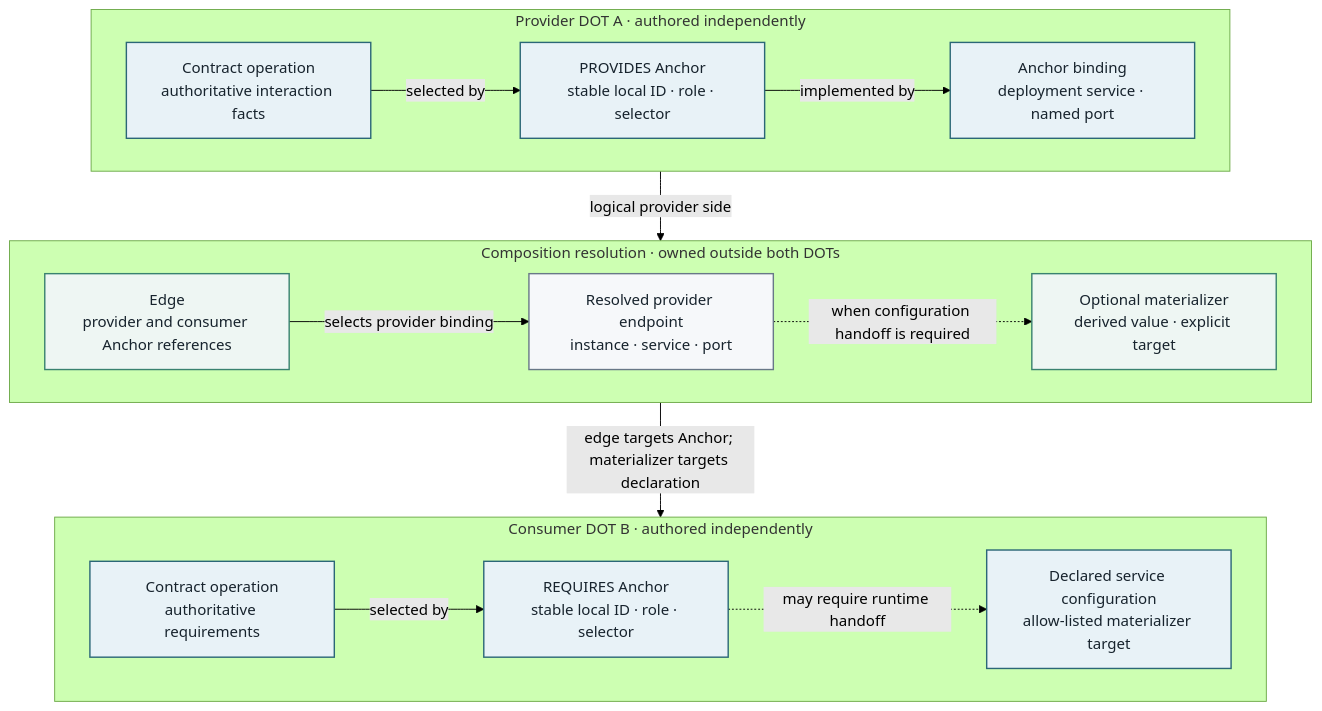
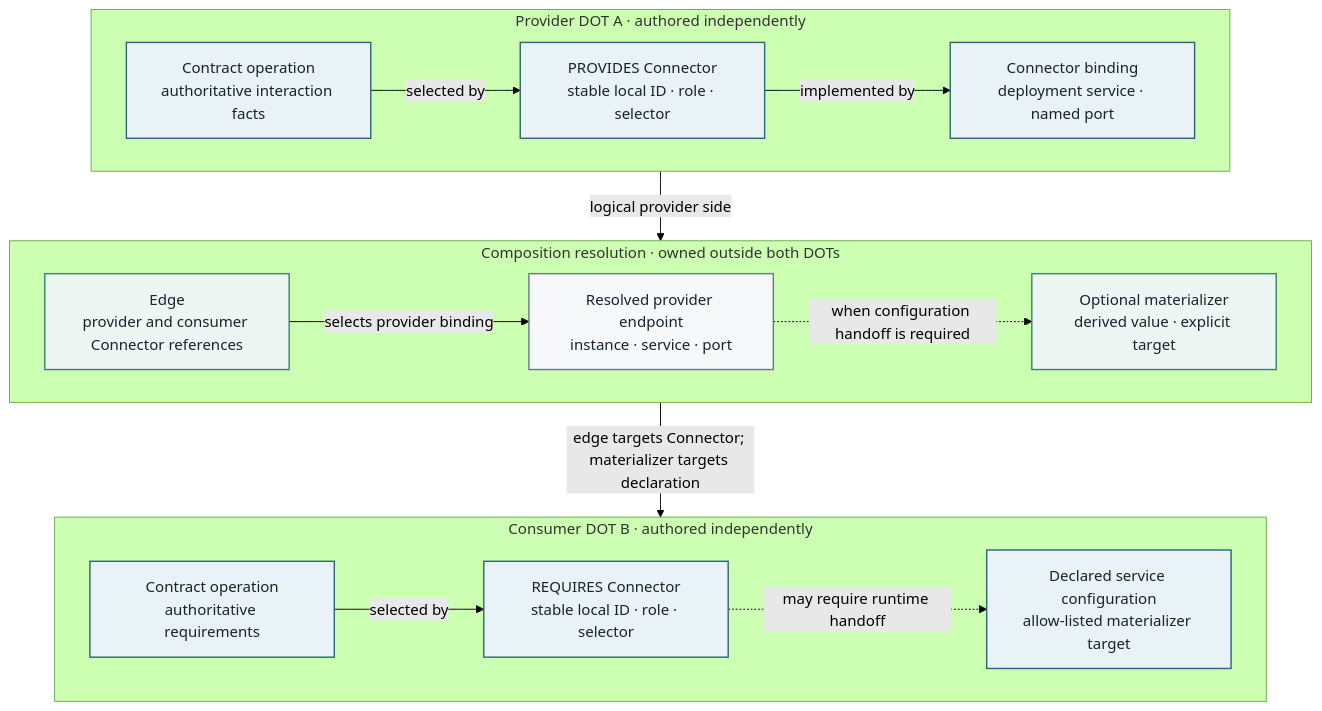
One commit to MARE-EU-Project/DOT-Docs changed the diagram in DOT-Design/next/dot-design/_attachments/diagrams/dot-ownership-chain.mmd. Above: the diagram before and after it, drawn with Mermaid (forest theme). The commit also changed 106 other files, not shown here.

```diff
--- a/DOT-Design/next/dot-design/_attachments/diagrams/dot-ownership-chain.mmd
+++ b/DOT-Design/next/dot-design/_attachments/diagrams/dot-ownership-chain.mmd
@@ -1,40 +1,40 @@
 flowchart TB
   accTitle: Ownership chain from provider DOT to consumer DOT
-  accDescr: A provider Contract, Anchor, and service-port binding are connected through a composition-owned edge, resolved endpoint, and optional materializer to a consumer Anchor and declared configuration target.
+  accDescr: A provider Contract, Connector, and service-port binding are connected through a composition-owned edge, resolved endpoint, and optional materializer to a consumer Connector and declared configuration target.
 
   subgraph Provider["Provider DOT A · authored independently"]
     direction LR
     PContract["Contract operation<br/>authoritative interaction facts"]
-    PAnchor["PROVIDES Anchor<br/>stable local ID · role · selector"]
-    PBinding["Anchor binding<br/>deployment service · named port"]
-    PContract -->|selected by| PAnchor
-    PAnchor -->|implemented by| PBinding
+    PConnector["PROVIDES Connector<br/>stable local ID · role · selector"]
+    PBinding["Connector binding<br/>deployment service · named port"]
+    PContract -->|selected by| PConnector
+    PConnector -->|implemented by| PBinding
   end
 
   subgraph Resolution["Composition resolution · owned outside both DOTs"]
     direction LR
-    Edge["Edge<br/>provider and consumer Anchor references"]
+    Edge["Edge<br/>provider and consumer Connector references"]
     Endpoint["Resolved provider endpoint<br/>instance · service · port"]
     Materializer["Optional materializer<br/>derived value · explicit target"]
     Edge -->|selects provider binding| Endpoint
     Endpoint -.->|when configuration handoff is required| Materializer
   end
 
   subgraph Consumer["Consumer DOT B · authored independently"]
     direction LR
     CContract["Contract operation<br/>authoritative requirements"]
-    CAnchor["REQUIRES Anchor<br/>stable local ID · role · selector"]
+    CConnector["REQUIRES Connector<br/>stable local ID · role · selector"]
     CConfig["Declared service configuration<br/>allow-listed materializer target"]
-    CContract -->|selected by| CAnchor
-    CAnchor -.->|may require runtime handoff| CConfig
+    CContract -->|selected by| CConnector
+    CConnector -.->|may require runtime handoff| CConfig
   end
 
   Provider -->|logical provider side| Resolution
-  Resolution -->|edge targets Anchor; materializer targets declaration| Consumer
+  Resolution -->|edge targets Connector; materializer targets declaration| Consumer
 
   classDef definition fill:#e8f2f7,stroke:#2b6777,color:#17232d,stroke-width:1.5px;
   classDef topology fill:#eef6f3,stroke:#39826f,color:#17232d,stroke-width:1.5px;
   classDef runtime fill:#f6f8fa,stroke:#687887,color:#17232d,stroke-width:1.5px;
-  class PContract,PAnchor,PBinding,CContract,CAnchor,CConfig definition;
+  class PContract,PConnector,PBinding,CContract,CConnector,CConfig definition;
   class Edge,Materializer topology;
   class Endpoint runtime;
```
